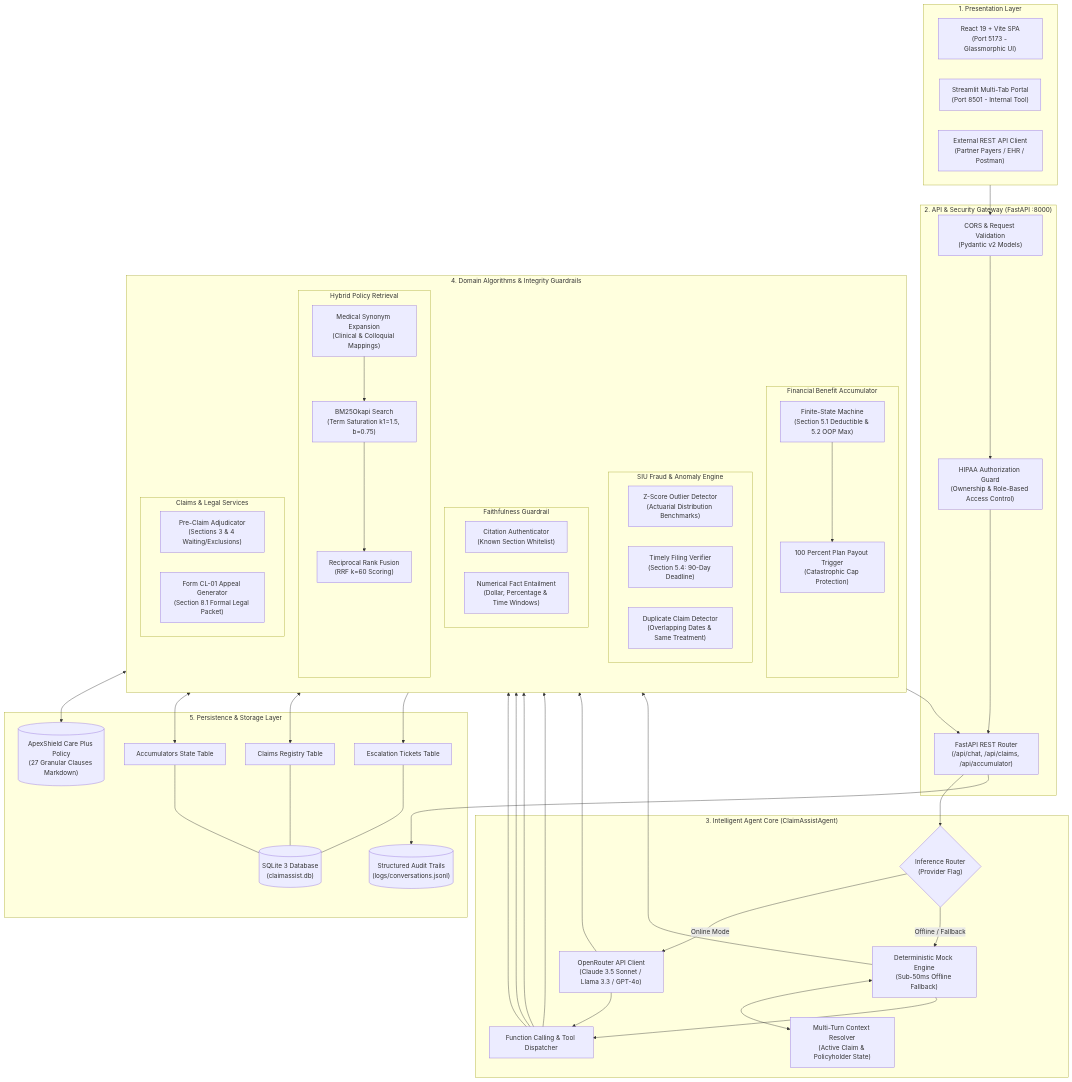
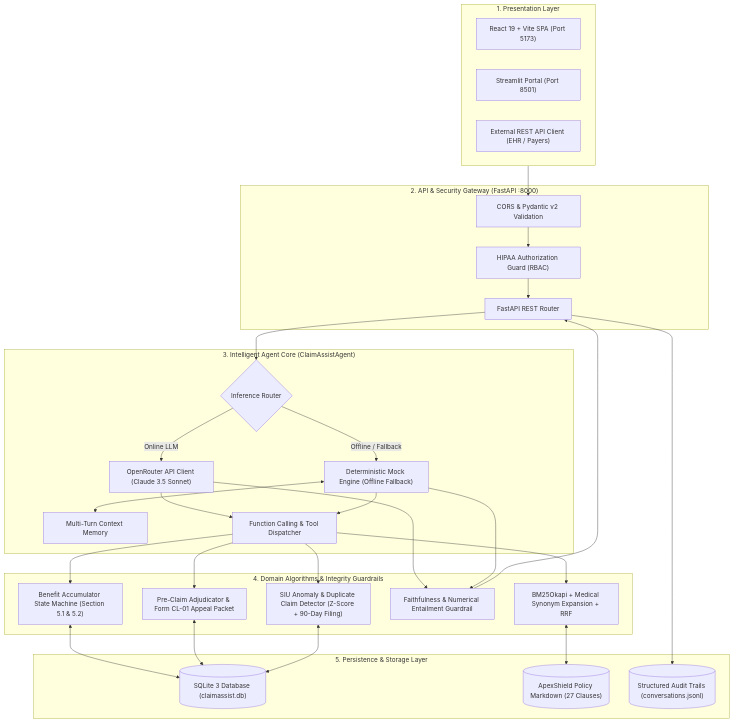
Before and after one commit to ayush300302/claim_assist_ai: the diagram in README.md, drawn with Mermaid. The commit also changed 1 other file, not shown here.

Commit message:
docs(readme): flatten Mermaid diagram for 100% native GitHub rendering compatibility

````diff
--- a/README.md
+++ b/README.md
@@ -51,63 +51,37 @@
 ```mermaid
-flowchart TB
+flowchart TD
     subgraph ClientLayer ["1. Presentation Layer"]
-        ReactApp["React 19 + Vite SPA<br/>(Port 5173 - Glassmorphic UI)"]
-        StreamlitApp["Streamlit Multi-Tab Portal<br/>(Port 8501 - Internal Tool)"]
-        CurlClient["External REST API Client<br/>(Partner Payers / EHR / Postman)"]
+        ReactApp["React 19 + Vite SPA (Port 5173)"]
+        StreamlitApp["Streamlit Portal (Port 8501)"]
+        CurlClient["External REST API Client (EHR / Payers)"]
     end
 
     subgraph GatewayLayer ["2. API & Security Gateway (FastAPI :8000)"]
-        FastAPIApp["FastAPI REST Router<br/>(/api/chat, /api/claims, /api/accumulator)"]
-        HIPAAGuard["HIPAA Authorization Guard<br/>(Ownership & Role-Based Access Control)"]
-        CORSMiddleware["CORS & Request Validation<br/>(Pydantic v2 Models)"]
+        FastAPIApp["FastAPI REST Router"]
+        HIPAAGuard["HIPAA Authorization Guard (RBAC)"]
+        CORSMiddleware["CORS & Pydantic v2 Validation"]
     end
 
     subgraph AgentLayer ["3. Intelligent Agent Core (ClaimAssistAgent)"]
-        InferenceRouter{"Inference Router<br/>(Provider Flag)"}
-        OpenRouterLLM["OpenRouter API Client<br/>(Claude 3.5 Sonnet / Llama 3.3 / GPT-4o)"]
-        MockEngine["Deterministic Mock Engine<br/>(Sub-50ms Offline Fallback)"]
-        ContextMemory["Multi-Turn Context Resolver<br/>(Active Claim & Policyholder State)"]
+        InferenceRouter{"Inference Router"}
+        OpenRouterLLM["OpenRouter API Client (Claude 3.5 Sonnet)"]
+        MockEngine["Deterministic Mock Engine (Offline Fallback)"]
+        ContextMemory["Multi-Turn Context Memory"]
         ToolDispatcher["Function Calling & Tool Dispatcher"]
     end
 
     subgraph AlgoLayer ["4. Domain Algorithms & Integrity Guardrails"]
-        direction TB
-        
-        subgraph RAGModule ["Hybrid Policy Retrieval"]
-            BM25["BM25Okapi Search<br/>(Term Saturation k1=1.5, b=0.75)"]
-            Synonyms["Medical Synonym Expansion<br/>(Clinical & Colloquial Mappings)"]
-            RRF["Reciprocal Rank Fusion<br/>(RRF k=60 Scoring)"]
-        end
-
-        subgraph AccumulatorModule ["Financial Benefit Accumulator"]
-            StateEngine["Finite-State Machine<br/>(Section 5.1 Deductible & 5.2 OOP Max)"]
-            CatastrophicTrigger["100 Percent Plan Payout Trigger<br/>(Catastrophic Cap Protection)"]
-        end
-
-        subgraph FraudModule ["SIU Fraud & Anomaly Engine"]
-            ZScore["Z-Score Outlier Detector<br/>(Actuarial Distribution Benchmarks)"]
-            FilingCheck["Timely Filing Verifier<br/>(Section 5.4: 90-Day Deadline)"]
-            DupCheck["Duplicate Claim Detector<br/>(Overlapping Dates & Same Treatment)"]
-        end
-
-        subgraph GuardrailModule ["Faithfulness Guardrail"]
-            CitationValidator["Citation Authenticator<br/>(Known Section Whitelist)"]
-            NumEntailment["Numerical Fact Entailment<br/>(Dollar, Percentage & Time Windows)"]
-        end
-
-        subgraph AdjudicationModule ["Claims & Legal Services"]
-            PreClaimAdj["Pre-Claim Adjudicator<br/>(Sections 3 & 4 Waiting/Exclusions)"]
-            AppealGen["Form CL-01 Appeal Generator<br/>(Section 8.1 Formal Legal Packet)"]
-        end
+        BM25["BM25Okapi + Medical Synonym Expansion + RRF"]
+        Accumulator["Benefit Accumulator State Machine (Section 5.1 & 5.2)"]
+        FraudSIU["SIU Anomaly & Duplicate Claim Detector (Z-Score + 90-Day Filing)"]
+        Guardrail["Faithfulness & Numerical Entailment Guardrail"]
+        Adjudicator["Pre-Claim Adjudicator & Form CL-01 Appeal Packet"]
     end
 
     subgraph DataLayer ["5. Persistence & Storage Layer"]
-        SQLiteDB[("SQLite 3 Database<br/>(claimassist.db)")]
-        ClaimsTable["Claims Registry Table"]
-        AccumulatorsTable["Accumulators State Table"]
-        EscalationsTable["Escalation Tickets Table"]
-        PolicyMD[("ApexShield Care Plus Policy<br/>(27 Granular Clauses Markdown)")]
-        AuditLog[("Structured Audit Trails<br/>(logs/conversations.jsonl)")]
+        SQLiteDB[("SQLite 3 Database (claimassist.db)")]
+        PolicyMD[("ApexShield Policy Markdown (27 Clauses)")]
+        AuditLog[("Structured Audit Trails (conversations.jsonl)")]
     end
 
     ClientLayer --> CORSMiddleware
@@ -115,34 +89,25 @@
     HIPAAGuard --> FastAPIApp
 
     FastAPIApp --> InferenceRouter
-    InferenceRouter -->|Online Mode| OpenRouterLLM
+    InferenceRouter -->|Online LLM| OpenRouterLLM
     InferenceRouter -->|Offline / Fallback| MockEngine
 
     MockEngine <--> ContextMemory
     OpenRouterLLM --> ToolDispatcher
     MockEngine --> ToolDispatcher
 
-    ToolDispatcher --> RAGModule
-    ToolDispatcher --> AccumulatorModule
-    ToolDispatcher --> FraudModule
-    ToolDispatcher --> AdjudicationModule
+    ToolDispatcher --> BM25
+    ToolDispatcher --> Accumulator
+    ToolDispatcher --> FraudSIU
+    ToolDispatcher --> Adjudicator
 
-    OpenRouterLLM --> GuardrailModule
-    MockEngine --> GuardrailModule
-    GuardrailModule --> FastAPIApp
+    OpenRouterLLM --> Guardrail
+    MockEngine --> Guardrail
+    Guardrail --> FastAPIApp
 
-    Synonyms --> BM25
-    BM25 --> RRF
-    RRF <--> PolicyMD
-
-    StateEngine --> CatastrophicTrigger
-    StateEngine <--> AccumulatorsTable
-    AdjudicationModule <--> ClaimsTable
-    AdjudicationModule --> EscalationsTable
-
-    ClaimsTable --- SQLiteDB
-    AccumulatorsTable --- SQLiteDB
-    EscalationsTable --- SQLiteDB
-
+    BM25 <--> PolicyMD
+    Accumulator <--> SQLiteDB
+    Adjudicator <--> SQLiteDB
+    FraudSIU <--> SQLiteDB
     FastAPIApp --> AuditLog
 ```
````
